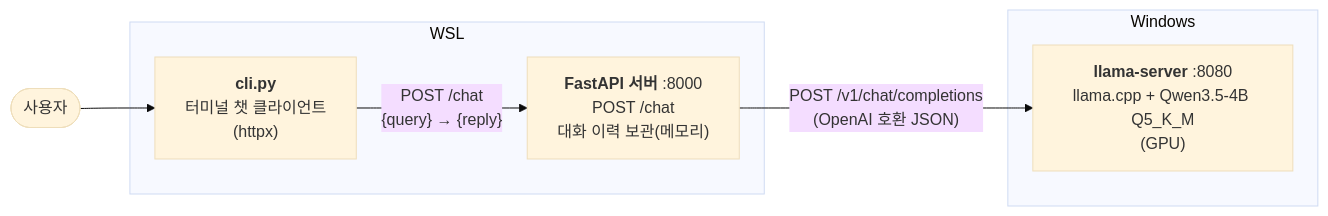
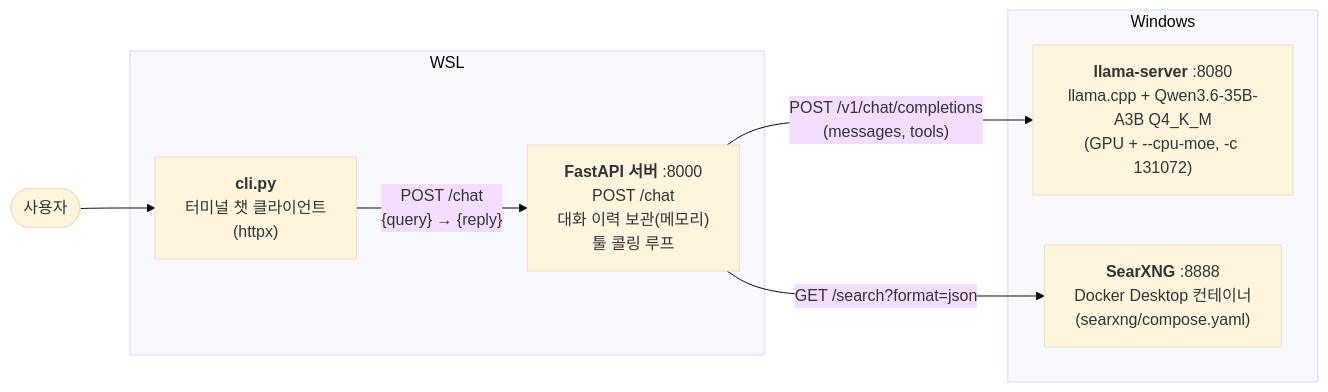
Before and after one commit to RyanKim0830/Tinker: the second of 4 diagrams in docs/architecture.md, drawn with Mermaid (base theme). The commit also changed other lines of this file and 4 other files, not shown here.

First line of the commit message:
docs: update architecture, readme, open items and worklog

````diff
--- a/docs/architecture.md
+++ b/docs/architecture.md
@@ -24,16 +28,18 @@
 ```mermaid
 flowchart LR
     user(["사용자"])
     cli["<b>cli.py</b><br/>터미널 챗 클라이언트<br/>(httpx)"]
-    api["<b>FastAPI 서버</b> :8000<br/>POST /chat<br/>대화 이력 보관(메모리)"]
+    api["<b>FastAPI 서버</b> :8000<br/>POST /chat<br/>대화 이력 보관(메모리)<br/>툴 콜링 루프"]
     subgraph wsl["WSL"]
         cli
         api
     end
     subgraph win["Windows"]
-        llama["<b>llama-server</b> :8080<br/>llama.cpp + Qwen3.5-4B Q5_K_M<br/>(GPU)"]
+        llama["<b>llama-server</b> :8080<br/>llama.cpp + Qwen3.6-35B-A3B Q4_K_M<br/>(GPU + --cpu-moe, -c 131072)"]
+        searx["<b>SearXNG</b> :8888<br/>Docker Desktop 컨테이너<br/>(searxng/compose.yaml)"]
     end
     user --> cli
     cli -- "POST /chat<br/>{query} → {reply}" --> api
-    api -- "POST /v1/chat/completions<br/>(OpenAI 호환 JSON)" --> llama
+    api -- "POST /v1/chat/completions<br/>(messages, tools)" --> llama
+    api -- "GET /search?format=json" --> searx
 ```
````
